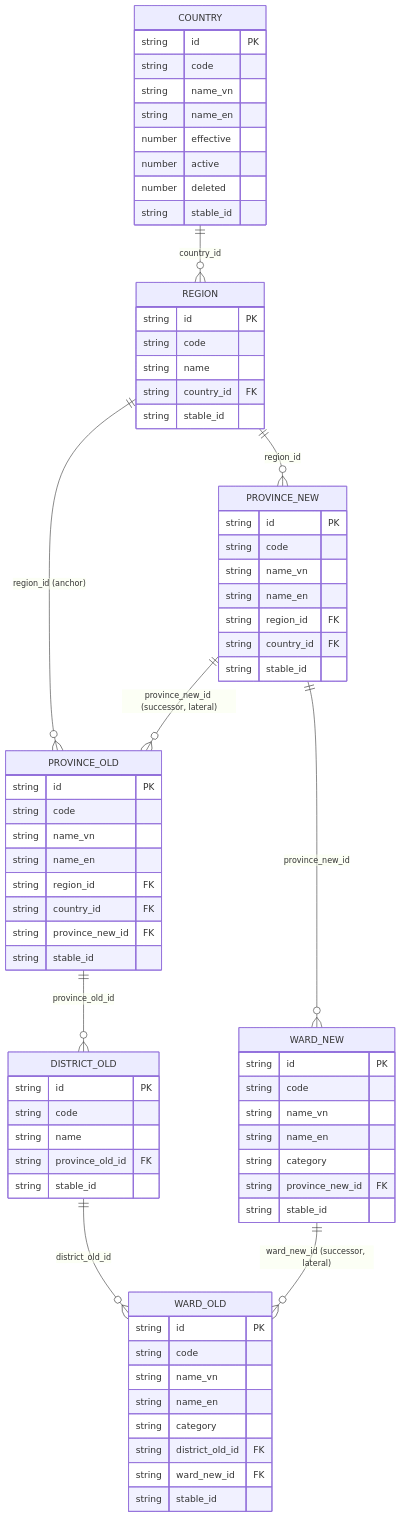
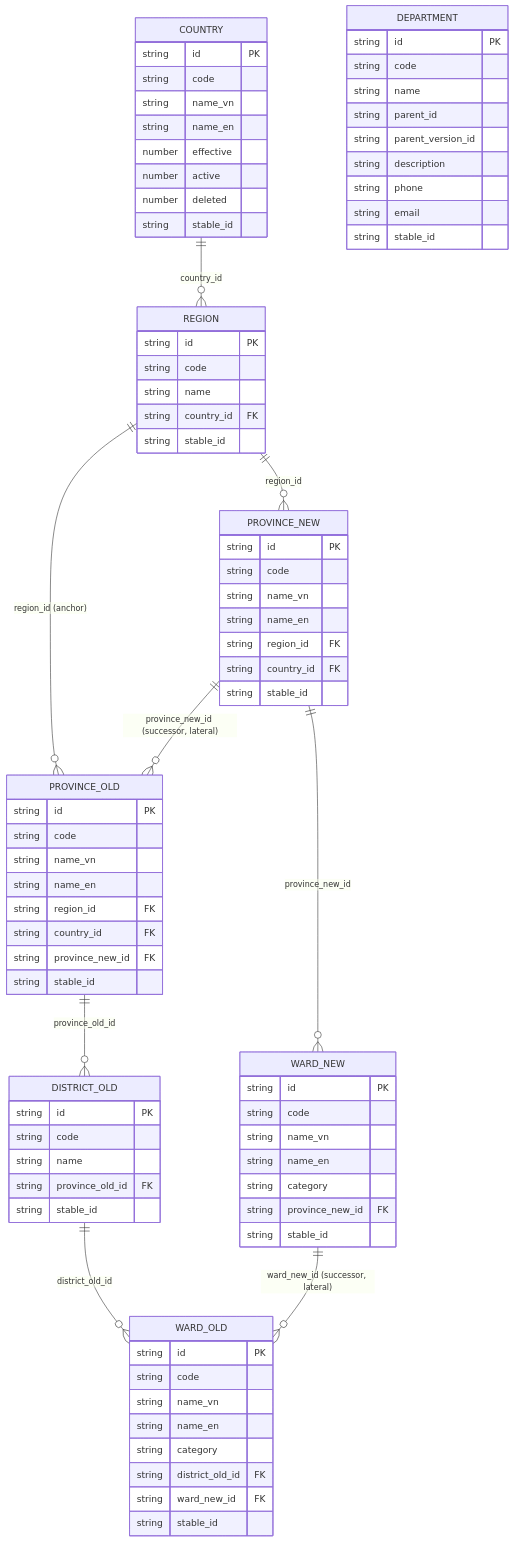
Before and after one commit to linhlvit/ubck_atomic_design: the first of 2 diagrams in DataModel/working/Atomic/hld/ECAT_HLD_Tier1.md, drawn with Mermaid. The commit also changed other lines of this file and 27 other files, not shown here.

```diff
--- a/DataModel/working/Atomic/hld/ECAT_HLD_Tier1.md
+++ b/DataModel/working/Atomic/hld/ECAT_HLD_Tier1.md
@@ -94,6 +96,18 @@
         string stable_id
     }
 
+    DEPARTMENT {
+        string id PK
+        string code
+        string name
+        string parent_id
+        string parent_version_id
+        string description
+        string phone
+        string email
+        string stable_id
+    }
+
     COUNTRY ||--o{ REGION : "country_id"
     REGION ||--o{ PROVINCE_NEW : "region_id"
     PROVINCE_NEW ||--o{ WARD_NEW : "province_new_id"
```
